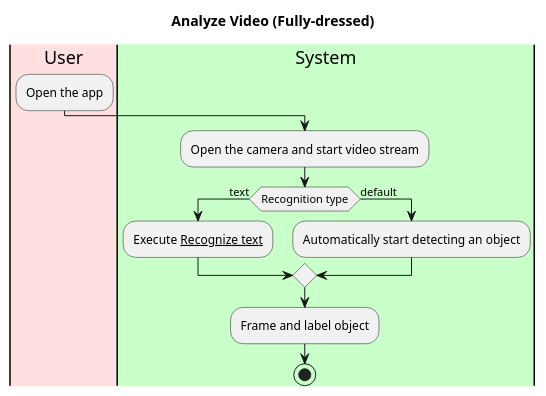
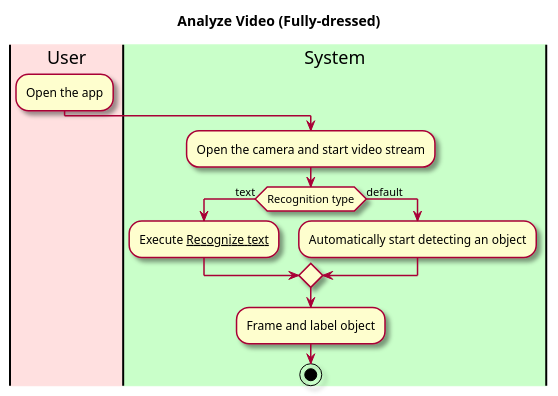
The first of 2 diagrams in intellij/doc/use-cases/analyze-video.md (tonyh1306/OBRE-Vision-through-a-screen), drawn with PlantUML before and after one commit. The commit also changed other lines of this file and 13 other files, not shown here.

````diff
--- a/intellij/doc/use-cases/analyze-video.md
+++ b/intellij/doc/use-cases/analyze-video.md
@@ -28,21 +28,21 @@
 ```plantuml
 @startuml
-skinparam style rose
+skin rose
 title Analyze Video (Fully-dressed)
 |#implementation|User|
 |#technology|System|
 
 |User|
 :Open the app;
 
 |System|
 :Open the camera and start video stream;
 if (Recognition type) is (text) then
 :Execute __Recognize text__;
 else (default) 
 :Automatically start detecting an object;
 endif 
 :Frame and label object;
 stop
 @enduml
 ```
````
